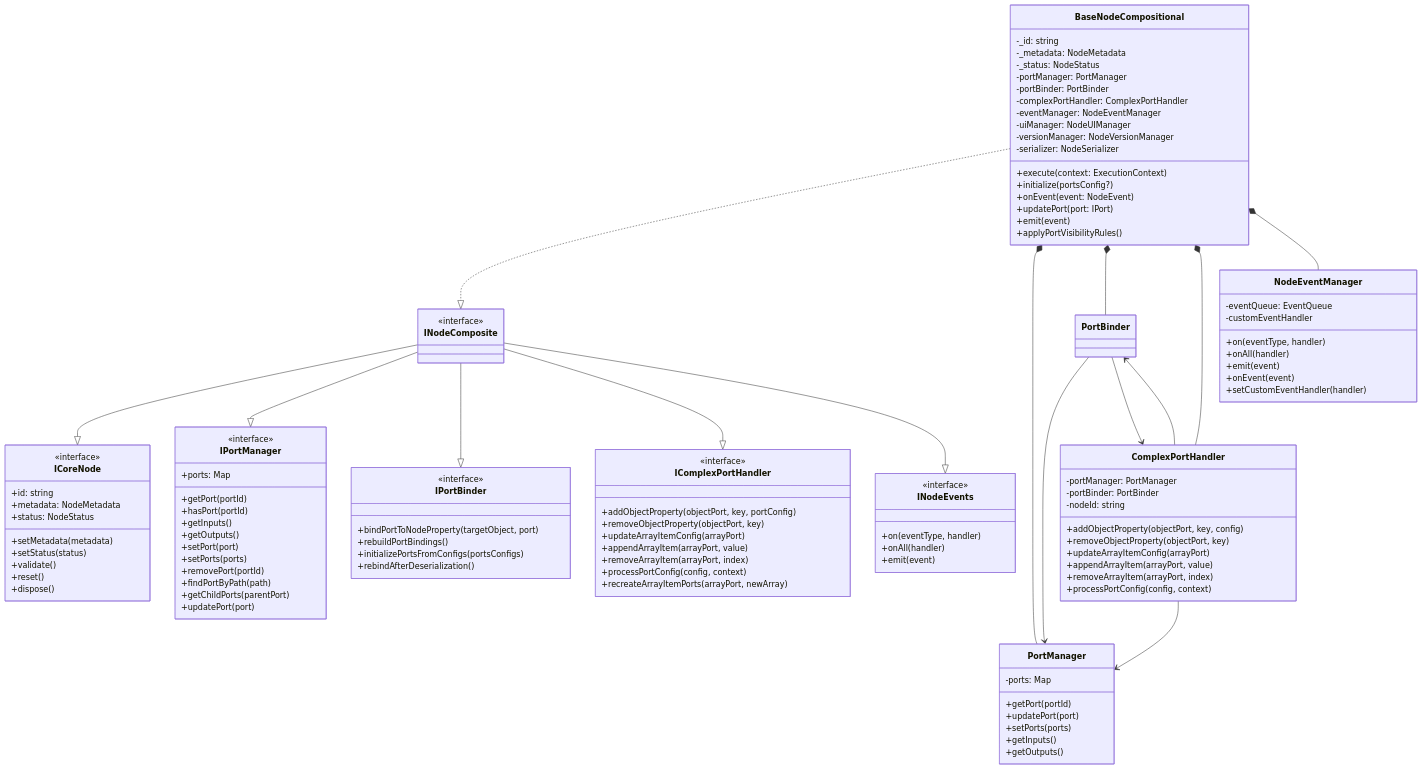
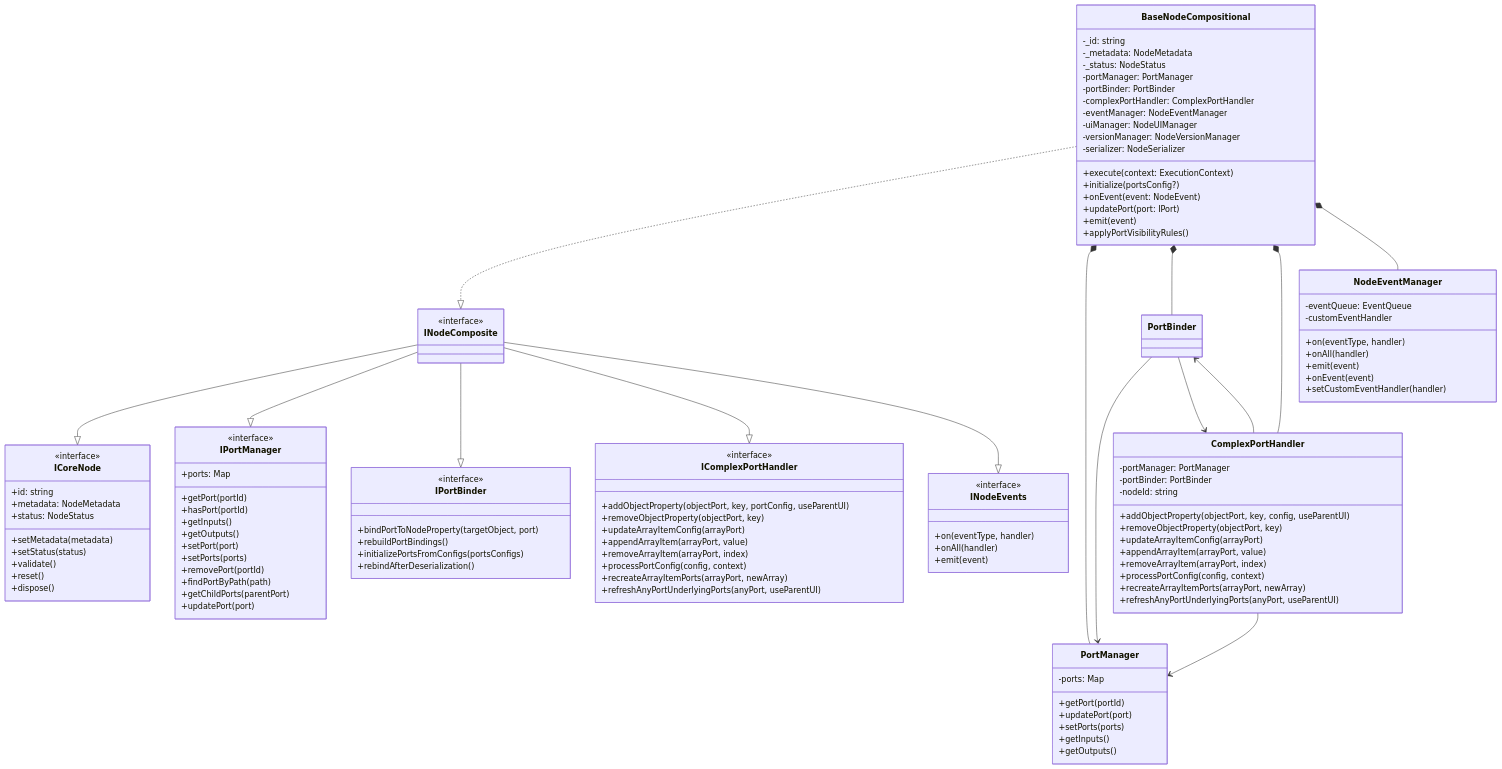
Before and after one commit to chaingraphlabs/chaingraph: the first of 5 diagrams in packages/chaingraph-types/src/node/docs/node-architecture.md, drawn with Mermaid. The commit also changed 13 other files, not shown here.

Commit message:
Childport implementation for any ports (get vvariable node and json/xaml deserializer) and fixed gate node

```diff
--- a/packages/chaingraph-types/src/node/docs/node-architecture.md
+++ b/packages/chaingraph-types/src/node/docs/node-architecture.md
@@ -66,13 +66,14 @@
 
     class IComplexPortHandler {
         <<interface>>
-        +addObjectProperty(objectPort, key, portConfig)
+        +addObjectProperty(objectPort, key, portConfig, useParentUI)
         +removeObjectProperty(objectPort, key)
         +updateArrayItemConfig(arrayPort)
         +appendArrayItem(arrayPort, value)
         +removeArrayItem(arrayPort, index)
         +processPortConfig(config, context)
         +recreateArrayItemPorts(arrayPort, newArray)
+        +refreshAnyPortUnderlyingPorts(anyPort, useParentUI)
     }
 
     class INodeEvents {
@@ -106,12 +107,14 @@
         -portManager: PortManager
         -portBinder: PortBinder
         -nodeId: string
-        +addObjectProperty(objectPort, key, config)
+        +addObjectProperty(objectPort, key, config, useParentUI)
         +removeObjectProperty(objectPort, key)
         +updateArrayItemConfig(arrayPort)
         +appendArrayItem(arrayPort, value)
         +removeArrayItem(arrayPort, index)
         +processPortConfig(config, context)
+        +recreateArrayItemPorts(arrayPort, newArray)
+        +refreshAnyPortUnderlyingPorts(anyPort, useParentUI)
     }
 
     %% Relationships: Interfaces
```
